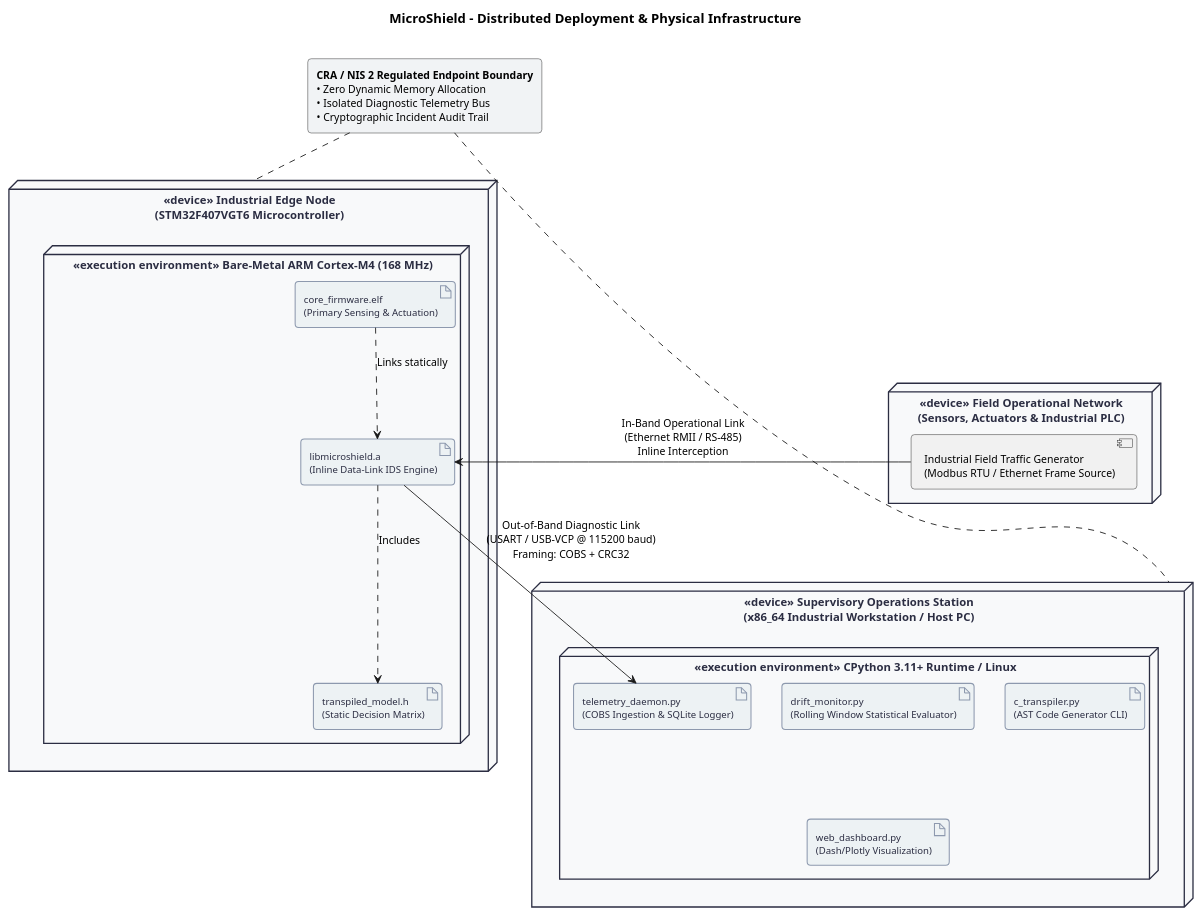
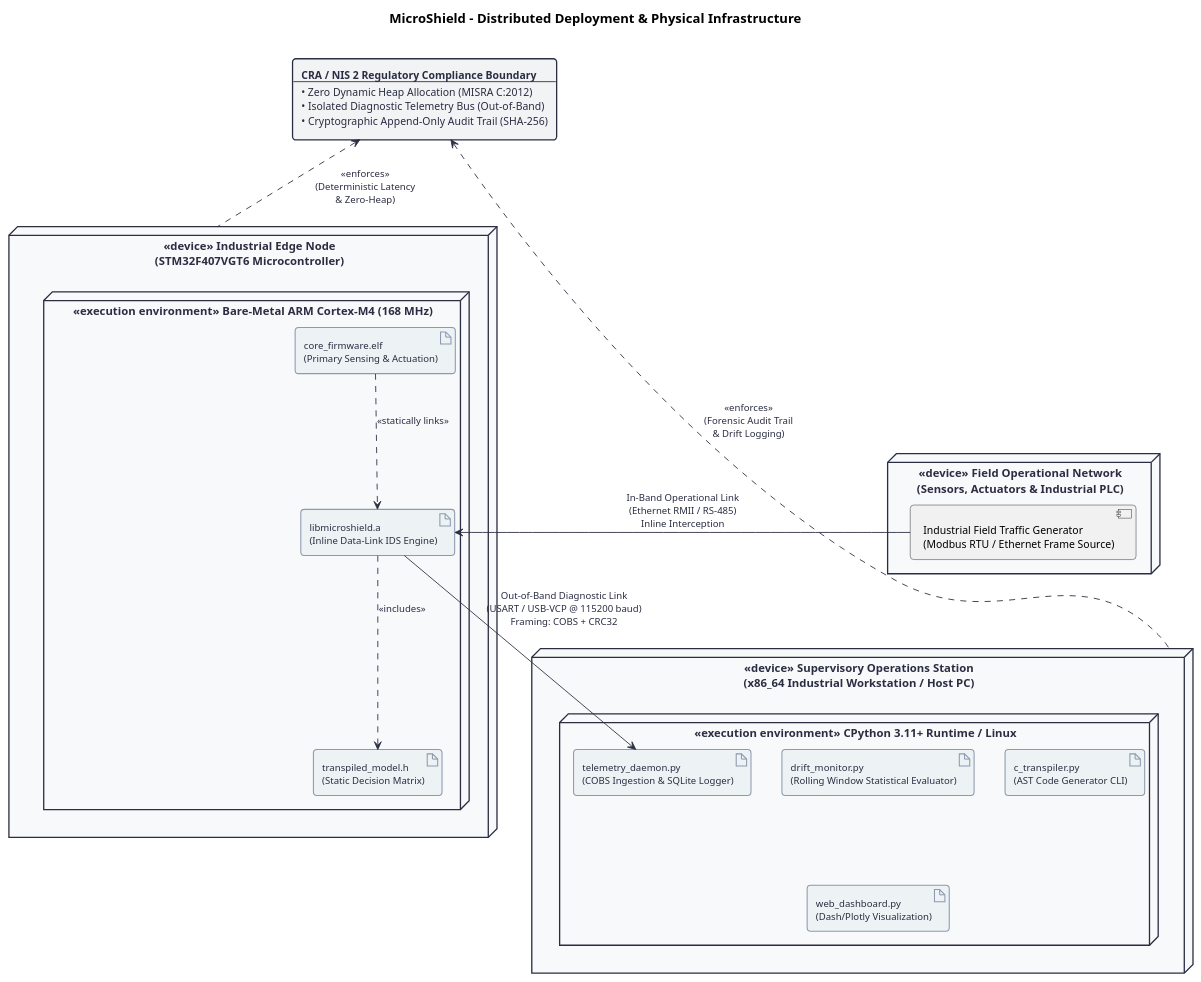
The diagram in diagrams/design_deployment.puml (unibo-dtm-se-2223-microshield/report), drawn with PlantUML before and after one commit. The commit also changed 5 other files, not shown here.

```diff
--- a/diagrams/design_deployment.puml
+++ b/diagrams/design_deployment.puml
@@ -1,62 +1,77 @@
 @startuml design_deployment
 skinparam backgroundColor #FFFFFF
 skinparam defaultFontName Arial
 skinparam defaultFontSize 12
 skinparam roundcorner 8
 skinparam shadowing false
 
 skinparam node {
     BackgroundColor #F8F9FA
     BorderColor #2B2D42
     BorderThickness 1.5
     FontColor #2B2D42
     FontStyle bold
     FontSize 13
 }
 
 skinparam artifact {
     BackgroundColor #EDF2F4
     BorderColor #8D99AE
     BorderThickness 1.2
     FontColor #2B2D42
     FontSize 11
 }
 
+skinparam rectangle {
+    BackgroundColor #F1F3F5
+    BorderColor #2B2D42
+    BorderThickness 1.5
+    FontColor #2B2D42
+}
+
+skinparam arrow {
+    Color #2B2D42
+    FontColor #2B2D42
+    FontSize 11
+}
+
 title <size:15><b>MicroShield - Distributed Deployment & Physical Infrastructure</b></size>\n
+
+' Requisiti Normativi posizionati in alto al centro
+rectangle "<b>CRA / NIS 2 Regulatory Compliance Boundary</b>\n--\n• Zero Dynamic Heap Allocation (MISRA C:2012)\n• Isolated Diagnostic Telemetry Bus (Out-of-Band)\n• Cryptographic Append-Only Audit Trail (SHA-256)" as Boundary
 
 node "<<device>> Field Operational Network\n(Sensors, Actuators & Industrial PLC)" as FieldNet {
     [Industrial Field Traffic Generator\n(Modbus RTU / Ethernet Frame Source)] as TrafficGen
 }
 
 node "<<device>> Industrial Edge Node\n(STM32F407VGT6 Microcontroller)" as MCU {
     node "<<execution environment>> Bare-Metal ARM Cortex-M4 (168 MHz)" as MCURuntime {
         artifact "core_firmware.elf\n(Primary Sensing & Actuation)" as CoreELF
         artifact "libmicroshield.a\n(Inline Data-Link IDS Engine)" as IDSLib
         artifact "transpiled_model.h\n(Static Decision Matrix)" as ModelHeader
         
-        IDSLib ..> ModelHeader : Includes
-        CoreELF ..> IDSLib : Links statically
+        IDSLib ..> ModelHeader : <<includes>>
+        CoreELF ..> IDSLib : <<statically links>>
     }
 }
 
 node "<<device>> Supervisory Operations Station\n(x86_64 Industrial Workstation / Host PC)" as Workstation {
     node "<<execution environment>> CPython 3.11+ Runtime / Linux" as PyRuntime {
         artifact "telemetry_daemon.py\n(COBS Ingestion & SQLite Logger)" as DaemonPy
         artifact "drift_monitor.py\n(Rolling Window Statistical Evaluator)" as DriftPy
         artifact "c_transpiler.py\n(AST Code Generator CLI)" as TranspilerPy
         artifact "web_dashboard.py\n(Dash/Plotly Visualization)" as DashboardPy
     }
 }
 
-' Canali di comunicazione
+' Canali di comunicazione operativi e diagnostici
 TrafficGen -right-> IDSLib : In-Band Operational Link\n(Ethernet RMII / RS-485)\nInline Interception
 
 IDSLib -down-> DaemonPy : Out-of-Band Diagnostic Link\n(USART / USB-VCP @ 115200 baud)\nFraming: COBS + CRC32
 
-' Confine di sicurezza CRA / NIS 2
-rectangle "<b>CRA / NIS 2 Regulated Endpoint Boundary</b>\n• Zero Dynamic Memory Allocation\n• Isolated Diagnostic Telemetry Bus\n• Cryptographic Incident Audit Trail" as Boundary #F1F3F5
+' Relazioni formali di conformità normativa orientate (..>)
+MCU .up.> Boundary : <<enforces>>\n(Deterministic Latency\n& Zero-Heap)
 
-MCU .up. Boundary
-Workstation .up. Boundary
+Workstation .up.> Boundary : <<enforces>>\n(Forensic Audit Trail\n& Drift Logging)
 
 @enduml
```
